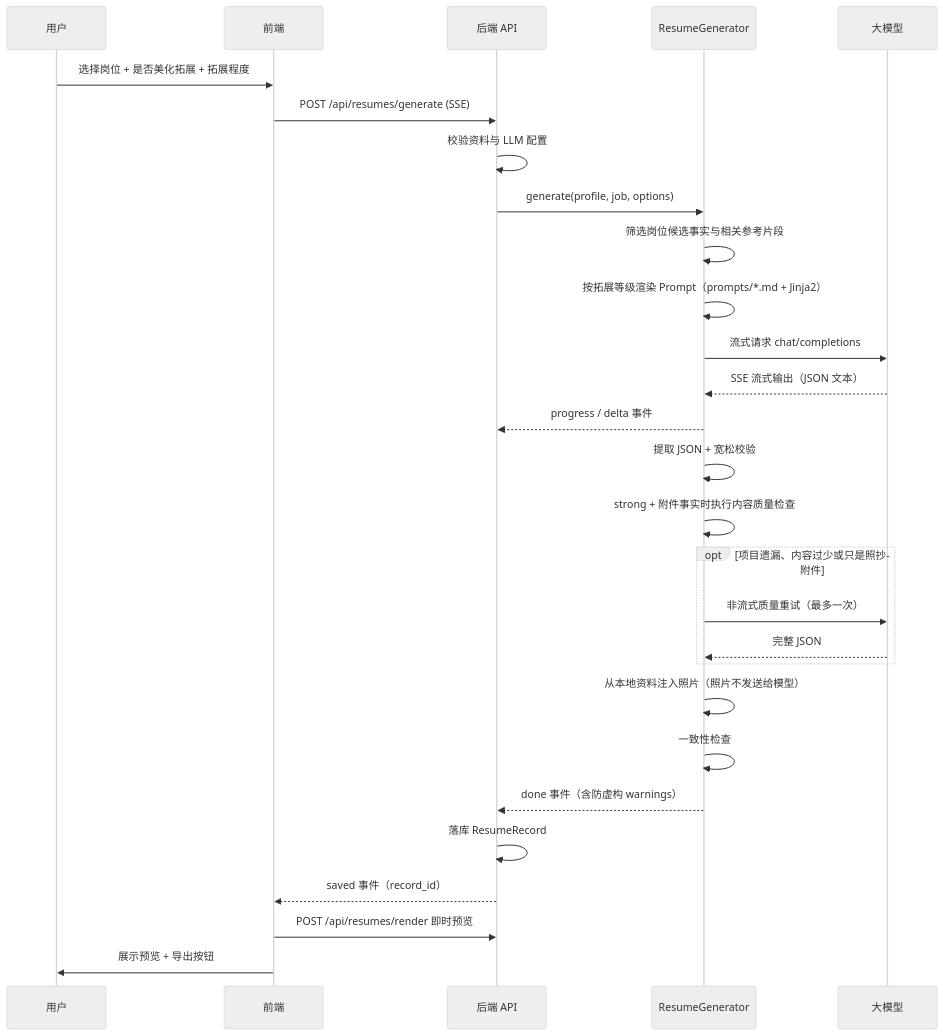
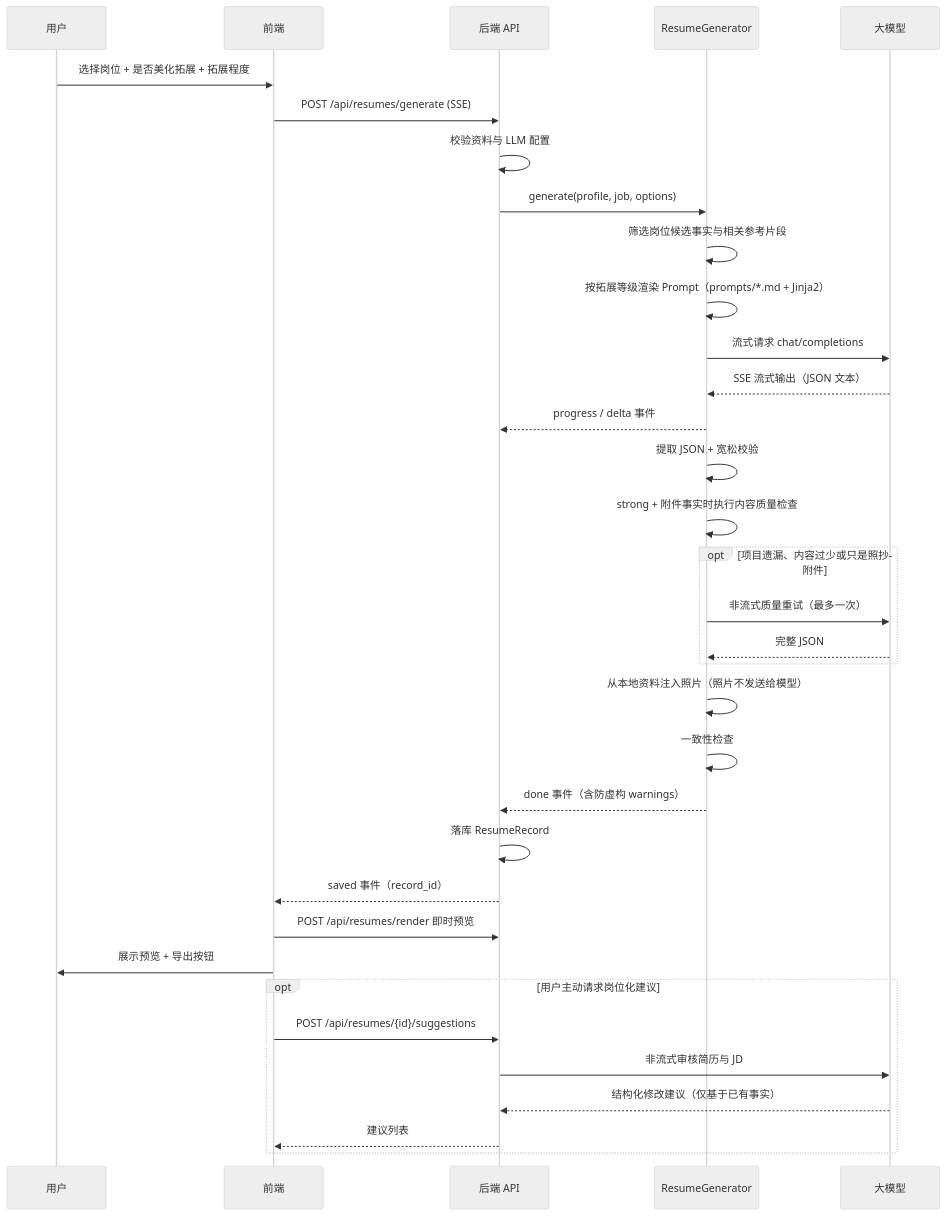
The second of 2 diagrams in docs/architecture.md (magicapple123/ResumeForge), drawn with Mermaid (neutral theme) before and after one commit. The commit also changed other lines of this file and 21 other files, not shown here.

````diff
--- a/docs/architecture.md
+++ b/docs/architecture.md
@@ -64,31 +66,37 @@
 ```mermaid
 sequenceDiagram
     participant U as 用户
     participant F as 前端
     participant B as 后端 API
     participant G as ResumeGenerator
     participant L as 大模型
 
     U->>F: 选择岗位 + 是否美化拓展 + 拓展程度
     F->>B: POST /api/resumes/generate (SSE)
     B->>B: 校验资料与 LLM 配置
     B->>G: generate(profile, job, options)
     G->>G: 筛选岗位候选事实与相关参考片段
     G->>G: 按拓展等级渲染 Prompt（prompts/*.md + Jinja2）
     G->>L: 流式请求 chat/completions
     L-->>G: SSE 流式输出（JSON 文本）
     G-->>B: progress / delta 事件
     G->>G: 提取 JSON + 宽松校验
     G->>G: strong + 附件事实时执行内容质量检查
     opt 项目遗漏、内容过少或只是照抄附件
         G->>L: 非流式质量重试（最多一次）
         L-->>G: 完整 JSON
     end
     G->>G: 从本地资料注入照片（照片不发送给模型）
     G->>G: 一致性检查
     G-->>B: done 事件（含防虚构 warnings）
     B->>B: 落库 ResumeRecord
     B-->>F: saved 事件（record_id）
     F->>B: POST /api/resumes/render 即时预览
     F->>U: 展示预览 + 导出按钮
+    opt 用户主动请求岗位化建议
+        F->>B: POST /api/resumes/{id}/suggestions
+        B->>L: 非流式审核简历与 JD
+        L-->>B: 结构化修改建议（仅基于已有事实）
+        B-->>F: 建议列表
+    end
 ```
````
